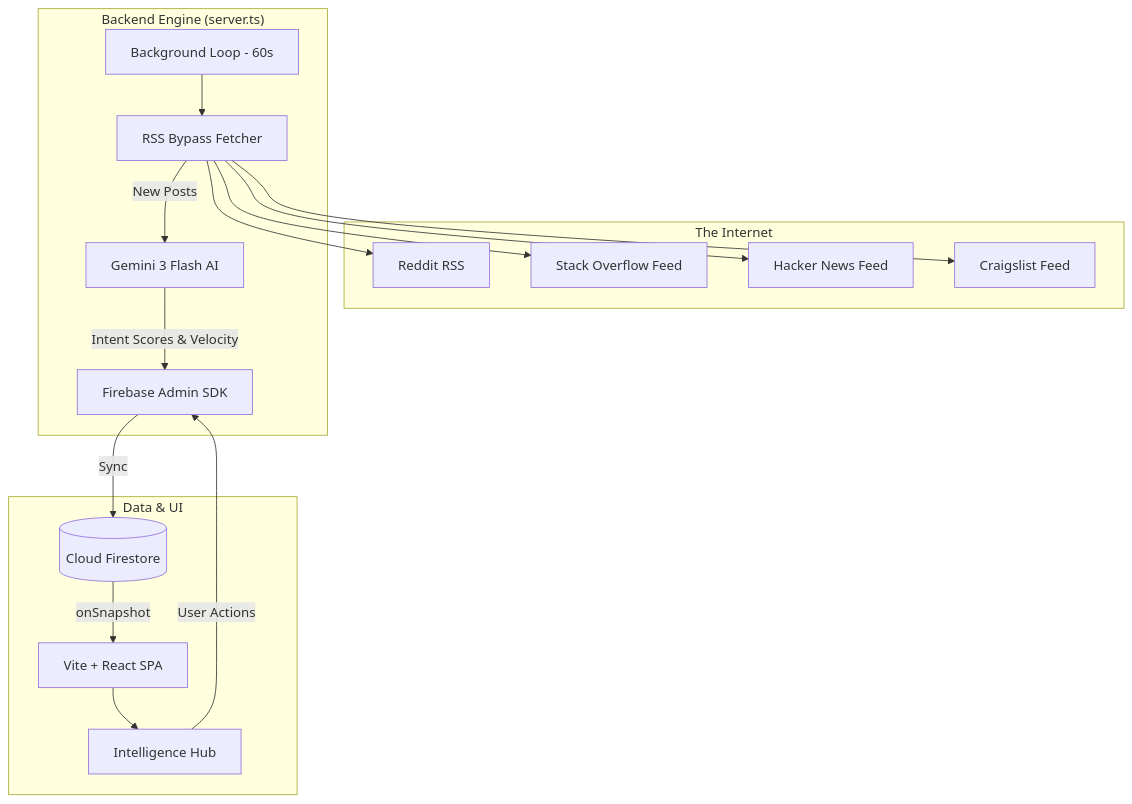
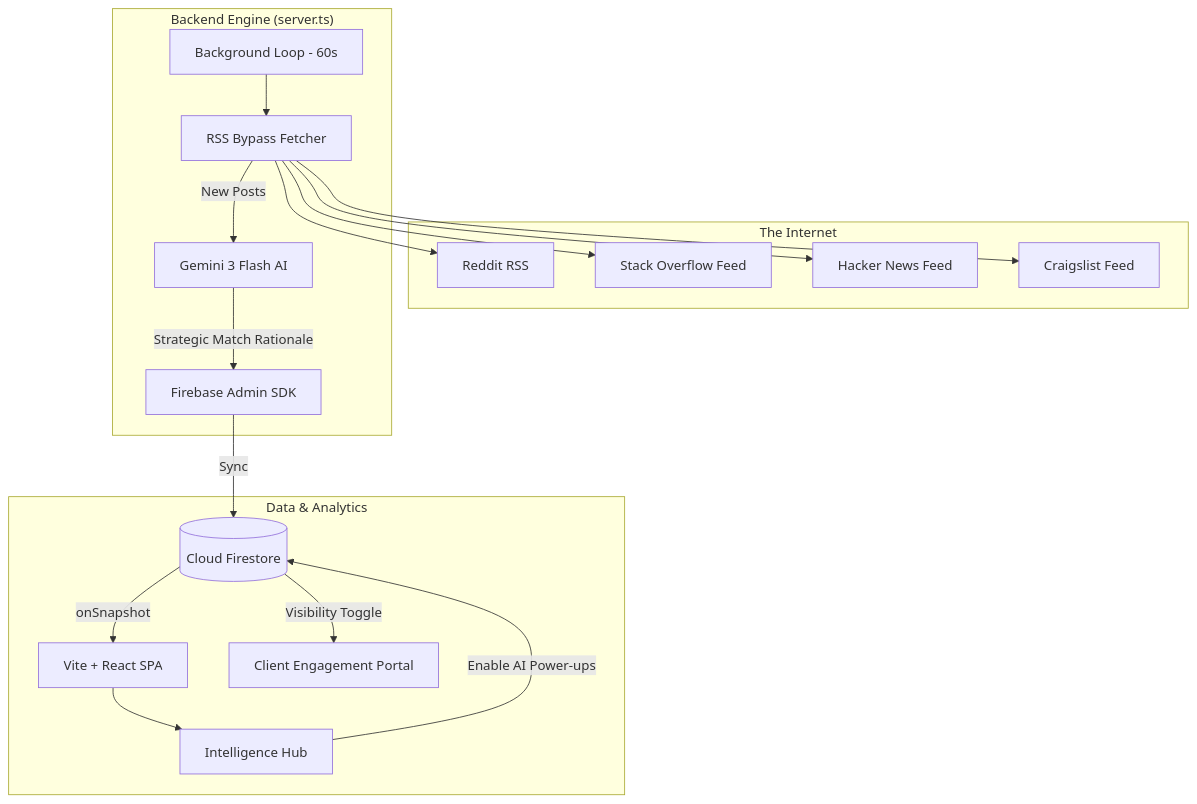
One commit to Mr-S-U-D-O/preemptly changed the diagram in README.md. Above: the diagram before and after it, drawn with Mermaid. The commit also changed other lines of this file and 3 other files, not shown here.

Commit message:
feat: implement Client Engagement Portal with AI-powered comment generation and radar background UI.

````diff
--- a/README.md
+++ b/README.md
@@ -11,31 +9,33 @@
 ```mermaid
 graph TD
     subgraph "The Internet"
         R[Reddit RSS]
         SO[Stack Overflow Feed]
         HN[Hacker News Feed]
         CL[Craigslist Feed]
     end
 
     subgraph "Backend Engine (server.ts)"
         CRON[Background Loop - 60s]
         FETCHER[RSS Bypass Fetcher]
         GENAI[Gemini 3 Flash AI]
         ADMIN[Firebase Admin SDK]
     end
 
-    subgraph "Data & UI"
+    subgraph "Data & Analytics"
         FS[(Cloud Firestore)]
         VITE[Vite + React SPA]
         DASH[Intelligence Hub]
+        PORTAL[Client Engagement Portal]
     end
 
     CRON --> FETCHER
     FETCHER --> R & SO & HN & CL
     FETCHER -- "New Posts" --> GENAI
-    GENAI -- "Intent Scores & Velocity" --> ADMIN
+    GENAI -- "Strategic Match Rationale" --> ADMIN
     ADMIN -- "Sync" --> FS
     FS -- "onSnapshot" --> VITE
     VITE --> DASH
-    DASH -- "User Actions" --> ADMIN
+    DASH -- "Enable AI Power-ups" --> FS
+    FS -- "Visibility Toggle" --> PORTAL
 ```
````
